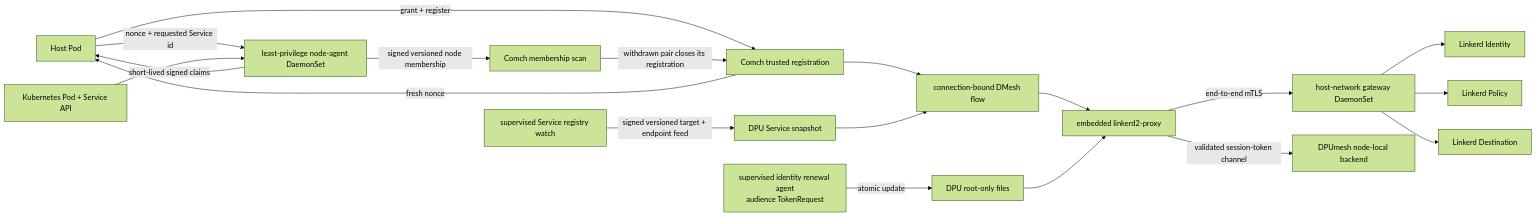
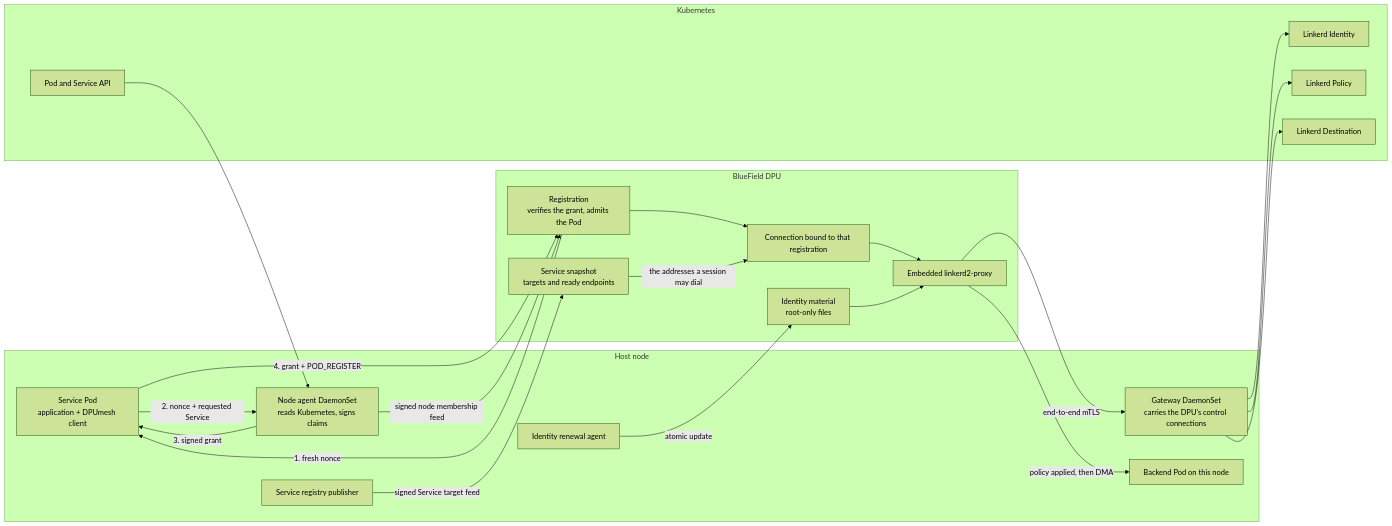
One commit to jukebox03/DPUmesh changed the diagram in design/CONTROL.md. Above: the diagram before and after it, drawn with Mermaid (forest theme). The commit also changed other lines of this file and 86 other files, not shown here.

````diff
--- a/design/CONTROL.md
+++ b/design/CONTROL.md
@@ -128,21 +155,42 @@
 ```mermaid
 flowchart LR
-    Pod[Host Pod] -->|nonce + requested Service id| Attest[least-privilege node-agent DaemonSet]
-    KAPI[Kubernetes Pod + Service API] --> Attest
-    Attest -->|short-lived signed claims| Pod
-    Reg[Comch trusted registration] -->|fresh nonce| Pod
-    Pod -->|grant + register| Reg
-    Reg --> Flow[connection-bound DMesh flow]
-    Watch[supervised Service registry watch] -->|signed versioned target + endpoint feed| Map[DPU Service snapshot]
-    Map --> Flow
-    Attest -->|signed versioned node membership| Revoke[Comch membership scan]
-    Revoke -->|withdrawn pair closes its registration| Reg
-    Flow --> Proxy[embedded linkerd2-proxy]
-    Agent[supervised identity renewal agent\naudience TokenRequest] -->|atomic update| Creds[DPU root-only files]
+    subgraph host[Host node]
+        Pod[Service Pod<br/>application + DPUmesh client]
+        Agent[Node agent DaemonSet<br/>reads Kubernetes, signs claims]
+        Registry[Service registry publisher]
+        Ident[Identity renewal agent]
+        GW[Gateway DaemonSet<br/>carries the DPU's control connections]
+        Backend[Backend Pod on this node]
+    end
+    subgraph dpu[BlueField DPU]
+        Reg[Registration<br/>verifies the grant, admits the Pod]
+        Snap[Service snapshot<br/>targets and ready endpoints]
+        Flow[Connection bound to that registration]
+        Proxy[Embedded linkerd2-proxy]
+        Creds[Identity material<br/>root-only files]
+    end
+    subgraph k8s[Kubernetes]
+        KAPI[Pod and Service API]
+        LI[Linkerd Identity]
+        LP[Linkerd Policy]
+        LD[Linkerd Destination]
+    end
+
+    Reg -->|1. fresh nonce| Pod
+    Pod -->|2. nonce + requested Service| Agent
+    KAPI --> Agent
+    Agent -->|3. signed grant| Pod
+    Pod -->|4. grant + POD_REGISTER| Reg
+    Reg --> Flow
+    Flow --> Proxy
+    Agent -->|signed node membership feed| Reg
+    Registry -->|signed Service target feed| Snap
+    Snap -->|the addresses a session may dial| Flow
+    Ident -->|atomic update| Creds
     Creds --> Proxy
-    Proxy -->|end-to-end mTLS| GW[host-network gateway DaemonSet]
-    GW --> I[Linkerd Identity]
-    GW --> P[Linkerd Policy]
-    GW --> X[Linkerd Destination]
-    Proxy -->|validated session-token channel| Data[DPUmesh node-local backend]
+    Proxy -->|end-to-end mTLS| GW
+    GW --> LI
+    GW --> LP
+    GW --> LD
+    Proxy -->|policy applied, then DMA| Backend
 ```
````
